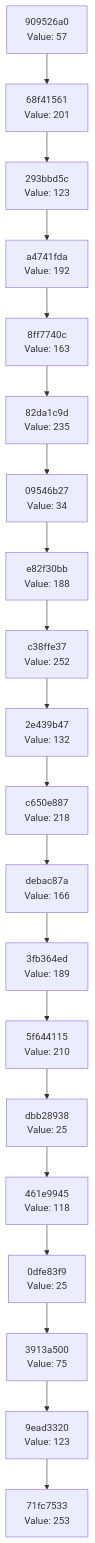
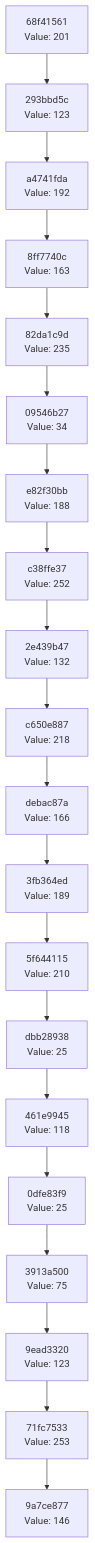
The diagram in docs/CHAIN_VISUALIZATION.md (Abhisheksinha1506/hash-chain-evolver), drawn with Mermaid before and after one commit. The commit also changed 3 other files, not shown here.

````diff
--- a/docs/CHAIN_VISUALIZATION.md
+++ b/docs/CHAIN_VISUALIZATION.md
@@ -3,42 +3,42 @@
 ```mermaid
 graph TD
-    C0["71fc7533<br/>Value: 253"]
-    C1["9ead3320<br/>Value: 123"]
+    C0["9a7ce877<br/>Value: 146"]
+    C1["71fc7533<br/>Value: 253"]
     C1 --> C0
-    C2["3913a500<br/>Value: 75"]
+    C2["9ead3320<br/>Value: 123"]
     C2 --> C1
-    C3["0dfe83f9<br/>Value: 25"]
+    C3["3913a500<br/>Value: 75"]
     C3 --> C2
-    C4["461e9945<br/>Value: 118"]
+    C4["0dfe83f9<br/>Value: 25"]
     C4 --> C3
-    C5["dbb28938<br/>Value: 25"]
+    C5["461e9945<br/>Value: 118"]
     C5 --> C4
-    C6["5f644115<br/>Value: 210"]
+    C6["dbb28938<br/>Value: 25"]
     C6 --> C5
-    C7["3fb364ed<br/>Value: 189"]
+    C7["5f644115<br/>Value: 210"]
     C7 --> C6
-    C8["debac87a<br/>Value: 166"]
+    C8["3fb364ed<br/>Value: 189"]
     C8 --> C7
-    C9["c650e887<br/>Value: 218"]
+    C9["debac87a<br/>Value: 166"]
     C9 --> C8
-    C10["2e439b47<br/>Value: 132"]
+    C10["c650e887<br/>Value: 218"]
     C10 --> C9
-    C11["c38ffe37<br/>Value: 252"]
+    C11["2e439b47<br/>Value: 132"]
     C11 --> C10
-    C12["e82f30bb<br/>Value: 188"]
+    C12["c38ffe37<br/>Value: 252"]
     C12 --> C11
-    C13["09546b27<br/>Value: 34"]
+    C13["e82f30bb<br/>Value: 188"]
     C13 --> C12
-    C14["82da1c9d<br/>Value: 235"]
+    C14["09546b27<br/>Value: 34"]
     C14 --> C13
-    C15["8ff7740c<br/>Value: 163"]
+    C15["82da1c9d<br/>Value: 235"]
     C15 --> C14
-    C16["a4741fda<br/>Value: 192"]
+    C16["8ff7740c<br/>Value: 163"]
     C16 --> C15
-    C17["293bbd5c<br/>Value: 123"]
+    C17["a4741fda<br/>Value: 192"]
     C17 --> C16
-    C18["68f41561<br/>Value: 201"]
+    C18["293bbd5c<br/>Value: 123"]
     C18 --> C17
-    C19["909526a0<br/>Value: 57"]
+    C19["68f41561<br/>Value: 201"]
     C19 --> C18
 ```
````
